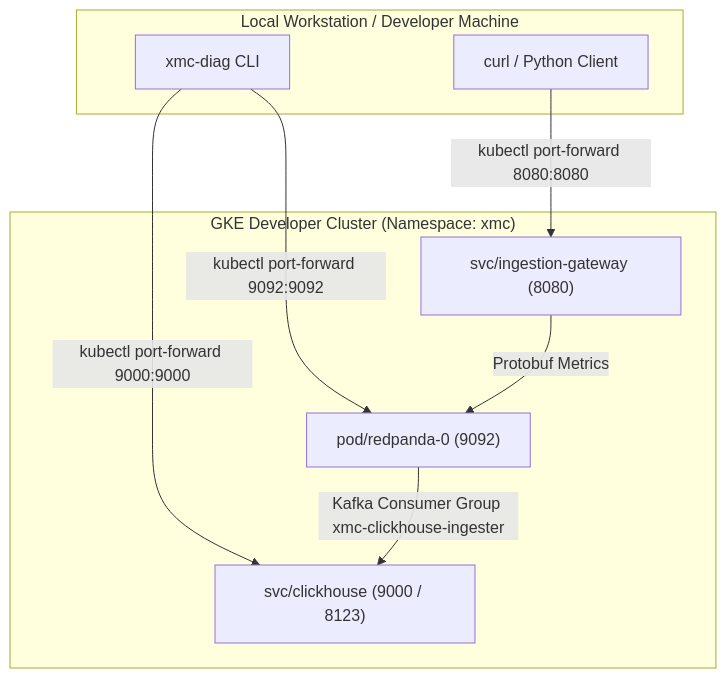
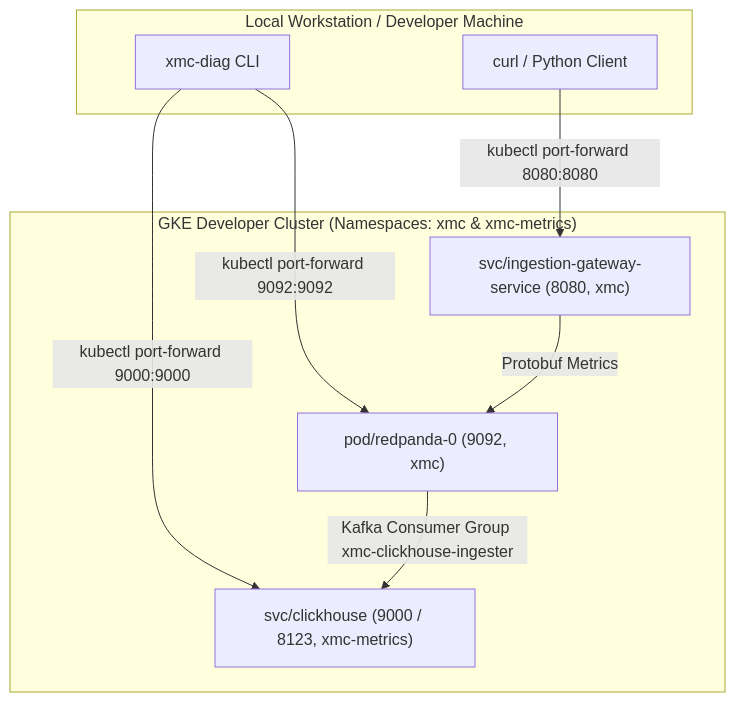
Before and after one commit to google/xmc: the diagram in deploy/local/README.md, drawn with Mermaid. The commit also changed other lines of this file and 39 other files, not shown here.

````diff
--- a/deploy/local/README.md
+++ b/deploy/local/README.md
@@ -13,19 +13,19 @@
 ```mermaid
 flowchart TD
     subgraph "Local Workstation / Developer Machine"
         DIAG["xmc-diag CLI"]
         CURL["curl / Python Client"]
     end
 
-    subgraph "GKE Developer Cluster (Namespace: xmc)"
-        GW["svc/ingestion-gateway (8080)"]
-        RP["pod/redpanda-0 (9092)"]
-        CH["svc/clickhouse (9000 / 8123)"]
+    subgraph "GKE Developer Cluster (Namespaces: xmc & xmc-metrics)"
+        GW["svc/ingestion-gateway-service (8080, xmc)"]
+        RP["pod/redpanda-0 (9092, xmc)"]
+        CH["svc/clickhouse (9000 / 8123, xmc-metrics)"]
     end
 
     CURL -->|kubectl port-forward 8080:8080| GW
     DIAG -->|kubectl port-forward 9000:9000| CH
     DIAG -->|kubectl port-forward 9092:9092| RP
     GW -->|Protobuf Metrics| RP
     RP -->|Kafka Consumer Group xmc-clickhouse-ingester| CH
 ```
````
